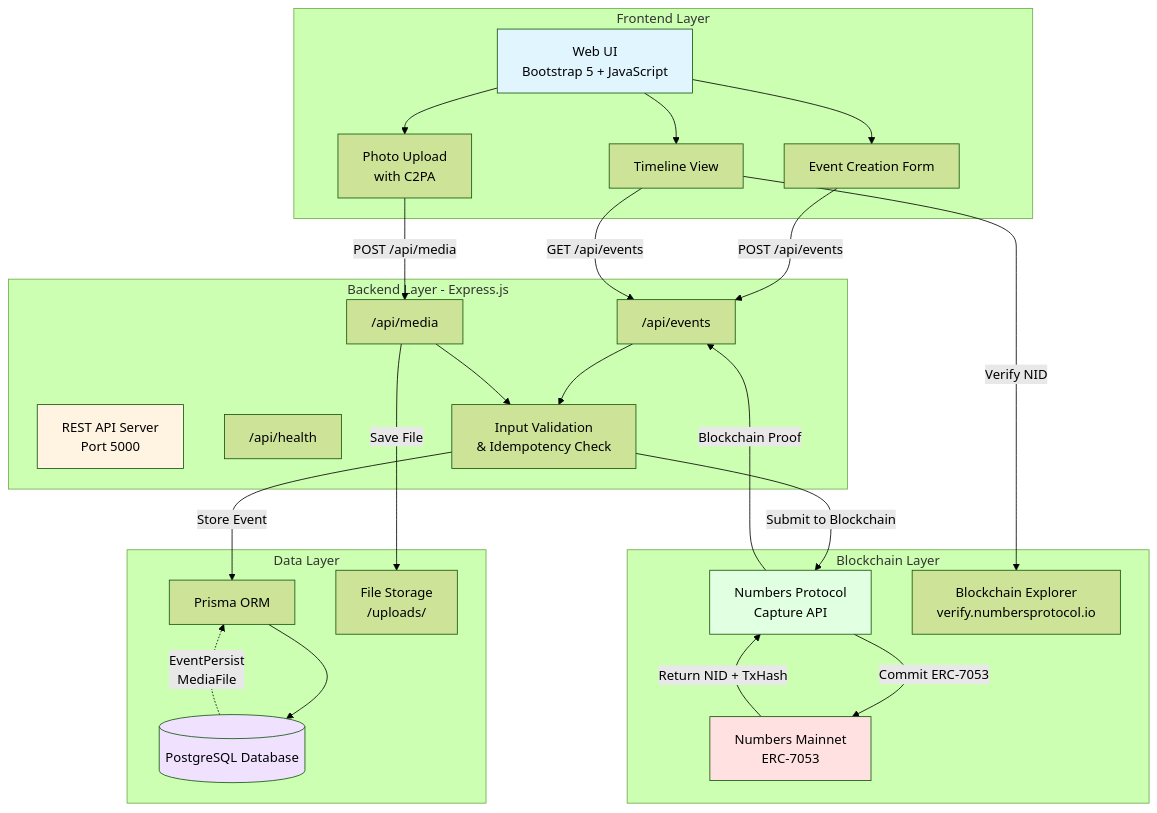
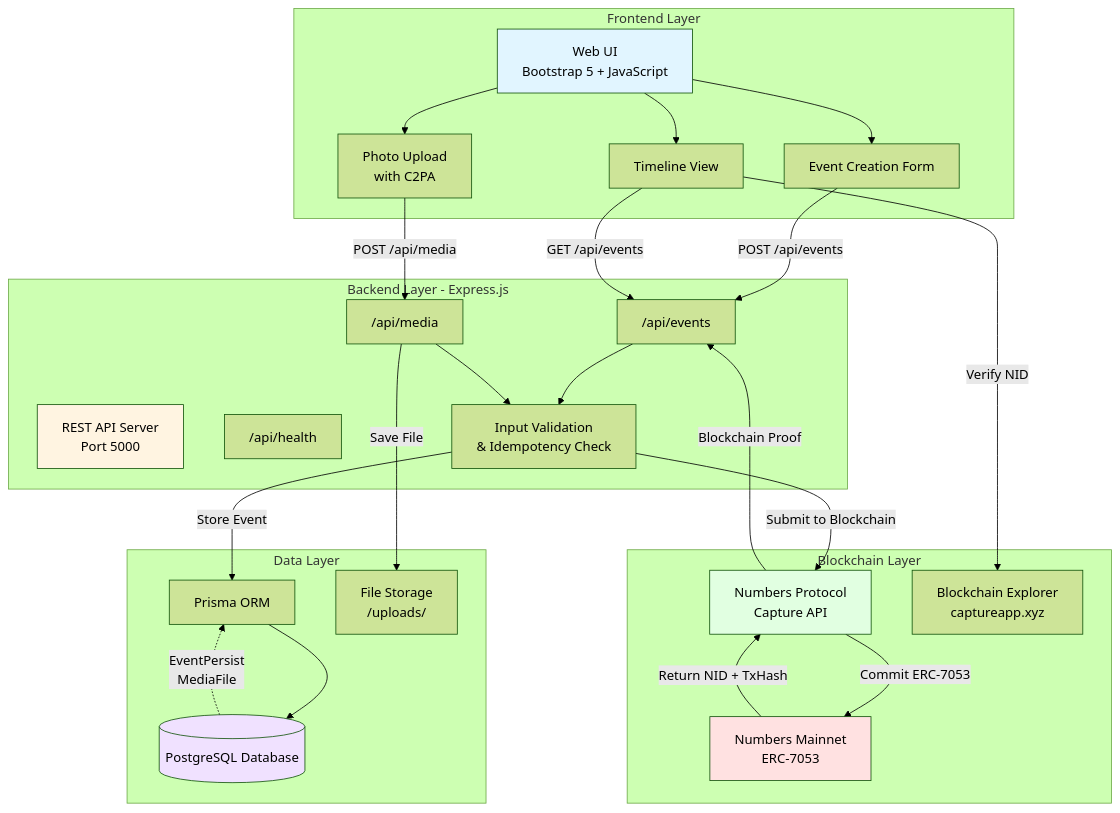
One commit to Modolo-oss/Proofsy-v2 changed the first of 2 diagrams in README.md. Above: the diagram before and after it, drawn with Mermaid (forest theme). The commit also changed other lines of this file, not shown here.

Commit message:
Fix Numbers Protocol URLs to correct captureapp.xyz domain

````diff
--- a/README.md
+++ b/README.md
@@ -25,60 +25,60 @@
 ```mermaid
 graph TB
     subgraph "Frontend Layer"
         UI[Web UI<br/>Bootstrap 5 + JavaScript]
         Form[Event Creation Form]
         Timeline[Timeline View]
         PhotoUpload[Photo Upload<br/>with C2PA]
     end
     
     subgraph "Backend Layer - Express.js"
         API[REST API Server<br/>Port 5000]
         EventAPI["/api/events"]
         MediaAPI["/api/media"]
         HealthAPI["/api/health"]
         Validation[Input Validation<br/>& Idempotency Check]
     end
     
     subgraph "Data Layer"
         Prisma[Prisma ORM]
         DB[(PostgreSQL Database)]
         Uploads[File Storage<br/>/uploads/]
     end
     
     subgraph "Blockchain Layer"
         Numbers[Numbers Protocol<br/>Capture API]
         Mainnet[Numbers Mainnet<br/>ERC-7053]
-        Explorer[Blockchain Explorer<br/>verify.numbersprotocol.io]
+        Explorer[Blockchain Explorer<br/>captureapp.xyz]
     end
     
     UI --> Form
     UI --> Timeline
     UI --> PhotoUpload
     
     Form -->|POST /api/events| EventAPI
     PhotoUpload -->|POST /api/media| MediaAPI
     Timeline -->|GET /api/events| EventAPI
     
     EventAPI --> Validation
     MediaAPI --> Validation
     
     Validation -->|Store Event| Prisma
     Validation -->|Submit to Blockchain| Numbers
     MediaAPI -->|Save File| Uploads
     
     Prisma --> DB
     
     Numbers -->|Commit ERC-7053| Mainnet
     Mainnet -->|Return NID + TxHash| Numbers
     Numbers -->|Blockchain Proof| EventAPI
     
     Timeline -->|Verify NID| Explorer
     
     DB -.->|EventPersist<br/>MediaFile| Prisma
     
     style UI fill:#e1f5ff
     style API fill:#fff4e1
     style DB fill:#f0e1ff
     style Numbers fill:#e1ffe1
     style Mainnet fill:#ffe1e1
 ```
````
